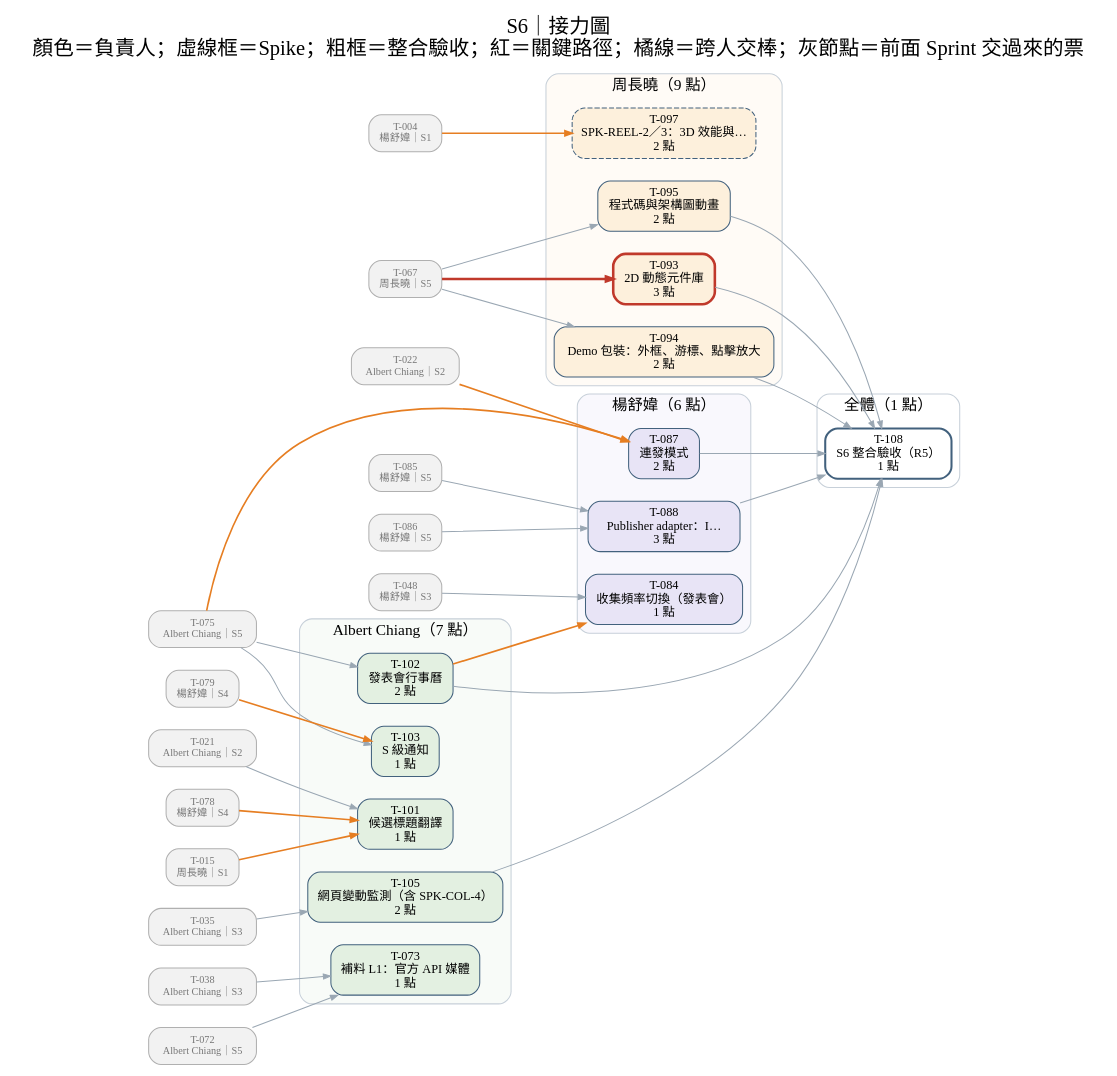
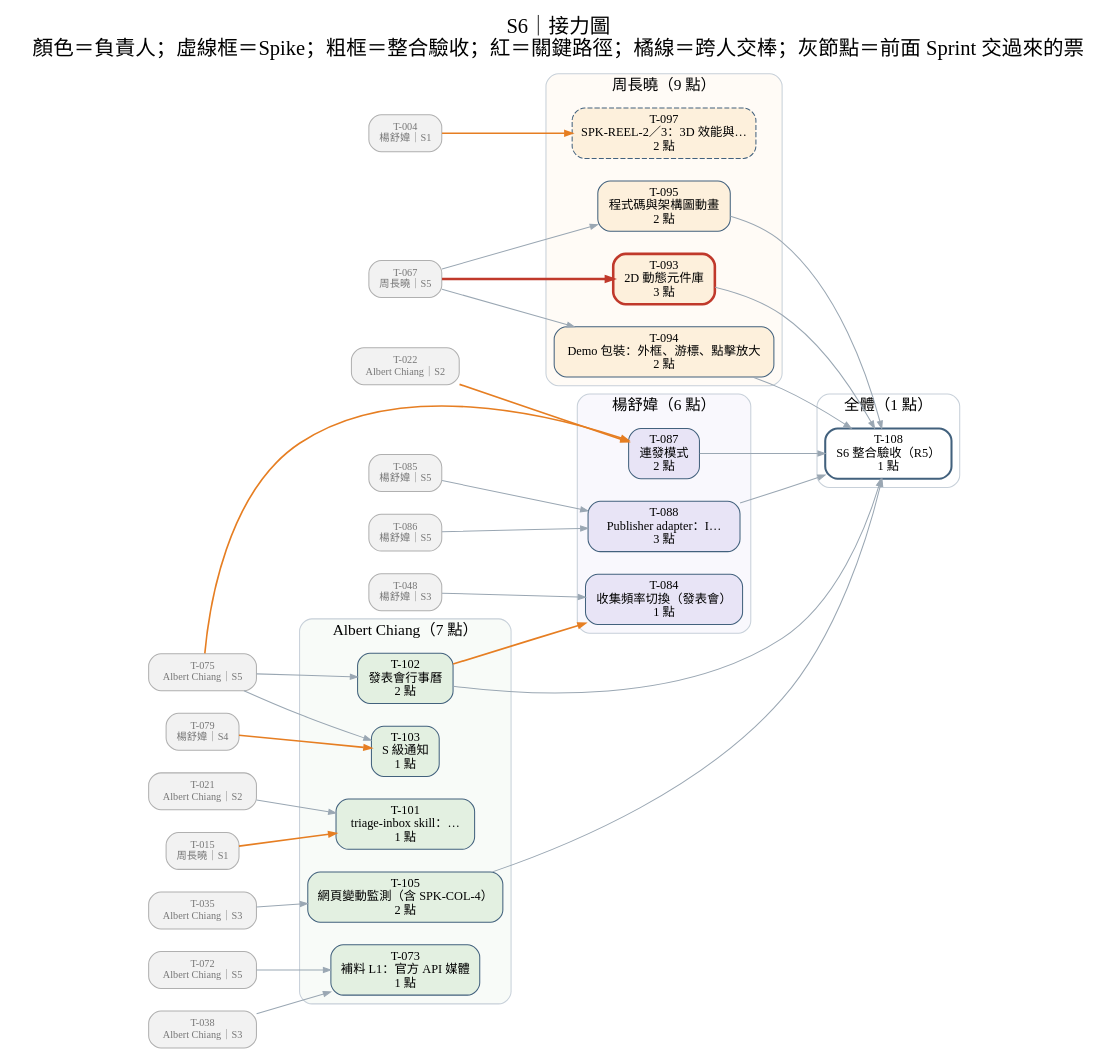
One commit to Zenobia000/AI_Media_Studio_content_pipe changed the diagram in docs/diagrams/dag-S6.dot. Above: the diagram before and after it, drawn with Graphviz. The commit also changed 81 other files, not shown here.

First line of the commit message:
docs: switch orchestration to skills + agent and redraw diagrams (#5)

```diff
--- a/docs/diagrams/dag-S6.dot
+++ b/docs/diagrams/dag-S6.dot
@@ -1,107 +1,104 @@
 digraph S {
 graph [rankdir=LR, bgcolor="white", fontname="Microsoft JhengHei", fontsize=20, labelloc=t, nodesep=0.3, ranksep=0.7, label="S6｜接力圖
 顏色＝負責人；虛線框＝Spike；粗框＝整合驗收；紅＝關鍵路徑；橘線＝跨人交棒；灰節點＝前面 Sprint 交過來的票"];
 node [shape=box, style="rounded,filled", fontname="Microsoft JhengHei", fontsize=12, color="#42617d", margin="0.14,0.07"];
 edge [color="#9aa7b3", arrowsize=0.7];
 subgraph "cluster_Albert Chiang" { label="Albert Chiang（7 點）"; style="rounded,filled"; fillcolor="#e3f0e140"; color="#c7d0d9"; fontsize=15;
 "T-073" [label="T-073
 補料 L1：官方 API 媒體
 1 點", fillcolor="#e3f0e1", style="rounded,filled"];
 "T-101" [label="T-101
-候選標題翻譯
+triage-inbox skill：…
 1 點", fillcolor="#e3f0e1", style="rounded,filled"];
 "T-102" [label="T-102
 發表會行事曆
 2 點", fillcolor="#e3f0e1", style="rounded,filled"];
 "T-103" [label="T-103
 S 級通知
 1 點", fillcolor="#e3f0e1", style="rounded,filled"];
 "T-105" [label="T-105
 網頁變動監測（含 SPK-COL-4）
 2 點", fillcolor="#e3f0e1", style="rounded,filled"];
 }
 subgraph "cluster_周長曉" { label="周長曉（9 點）"; style="rounded,filled"; fillcolor="#fdf0dc40"; color="#c7d0d9"; fontsize=15;
 "T-093" [label="T-093
 2D 動態元件庫
 3 點", fillcolor="#fdf0dc", style="rounded,filled", penwidth=2.5, color="#c0392b"];
 "T-094" [label="T-094
 Demo 包裝：外框、游標、點擊放大
 2 點", fillcolor="#fdf0dc", style="rounded,filled"];
 "T-095" [label="T-095
 程式碼與架構圖動畫
 2 點", fillcolor="#fdf0dc", style="rounded,filled"];
 "T-097" [label="T-097
 SPK-REEL-2／3：3D 效能與…
 2 點", fillcolor="#fdf0dc", style="rounded,filled,dashed"];
 }
 subgraph "cluster_楊舒媁" { label="楊舒媁（6 點）"; style="rounded,filled"; fillcolor="#e8e4f640"; color="#c7d0d9"; fontsize=15;
 "T-084" [label="T-084
 收集頻率切換（發表會）
 1 點", fillcolor="#e8e4f6", style="rounded,filled"];
 "T-087" [label="T-087
 連發模式
 2 點", fillcolor="#e8e4f6", style="rounded,filled"];
 "T-088" [label="T-088
 Publisher adapter：I…
 3 點", fillcolor="#e8e4f6", style="rounded,filled"];
 }
 subgraph "cluster_全體" { label="全體（1 點）"; style="rounded,filled"; fillcolor="#ffffff40"; color="#c7d0d9"; fontsize=15;
 "T-108" [label="T-108
 S6 整合驗收（R5）
 1 點", fillcolor="#ffffff", style="rounded,filled,bold"];
 }
 "T-004" [label="T-004
 楊舒媁｜S1", fillcolor="#f2f2f2", color="#b0b0b0", fontcolor="#777777", fontsize=10];
 "T-015" [label="T-015
 周長曉｜S1", fillcolor="#f2f2f2", color="#b0b0b0", fontcolor="#777777", fontsize=10];
 "T-021" [label="T-021
 Albert Chiang｜S2", fillcolor="#f2f2f2", color="#b0b0b0", fontcolor="#777777", fontsize=10];
 "T-022" [label="T-022
 Albert Chiang｜S2", fillcolor="#f2f2f2", color="#b0b0b0", fontcolor="#777777", fontsize=10];
 "T-035" [label="T-035
 Albert Chiang｜S3", fillcolor="#f2f2f2", color="#b0b0b0", fontcolor="#777777", fontsize=10];
 "T-038" [label="T-038
 Albert Chiang｜S3", fillcolor="#f2f2f2", color="#b0b0b0", fontcolor="#777777", fontsize=10];
 "T-048" [label="T-048
 楊舒媁｜S3", fillcolor="#f2f2f2", color="#b0b0b0", fontcolor="#777777", fontsize=10];
 "T-067" [label="T-067
 周長曉｜S5", fillcolor="#f2f2f2", color="#b0b0b0", fontcolor="#777777", fontsize=10];
 "T-072" [label="T-072
 Albert Chiang｜S5", fillcolor="#f2f2f2", color="#b0b0b0", fontcolor="#777777", fontsize=10];
 "T-075" [label="T-075
 Albert Chiang｜S5", fillcolor="#f2f2f2", color="#b0b0b0", fontcolor="#777777", fontsize=10];
-"T-078" [label="T-078
-楊舒媁｜S4", fillcolor="#f2f2f2", color="#b0b0b0", fontcolor="#777777", fontsize=10];
 "T-079" [label="T-079
 楊舒媁｜S4", fillcolor="#f2f2f2", color="#b0b0b0", fontcolor="#777777", fontsize=10];
 "T-085" [label="T-085
 楊舒媁｜S5", fillcolor="#f2f2f2", color="#b0b0b0", fontcolor="#777777", fontsize=10];
 "T-086" [label="T-086
 楊舒媁｜S5", fillcolor="#f2f2f2", color="#b0b0b0", fontcolor="#777777", fontsize=10];
 "T-072" -> "T-073";
 "T-038" -> "T-073";
 "T-048" -> "T-084";
 "T-102" -> "T-084" [color="#e67e22", penwidth=1.6];
 "T-075" -> "T-087" [color="#e67e22", penwidth=1.6];
 "T-022" -> "T-087" [color="#e67e22", penwidth=1.6];
 "T-085" -> "T-088";
 "T-086" -> "T-088";
 "T-067" -> "T-093" [color="#c0392b", penwidth=2.5];
 "T-067" -> "T-094";
 "T-067" -> "T-095";
 "T-004" -> "T-097" [color="#e67e22", penwidth=1.6];
 "T-021" -> "T-101";
 "T-015" -> "T-101" [color="#e67e22", penwidth=1.6];
-"T-078" -> "T-101" [color="#e67e22", penwidth=1.6];
 "T-075" -> "T-102";
 "T-075" -> "T-103";
 "T-079" -> "T-103" [color="#e67e22", penwidth=1.6];
 "T-035" -> "T-105";
 "T-093" -> "T-108";
 "T-094" -> "T-108";
 "T-095" -> "T-108";
 "T-105" -> "T-108";
 "T-087" -> "T-108";
 "T-088" -> "T-108";
 "T-102" -> "T-108";
 }
```
